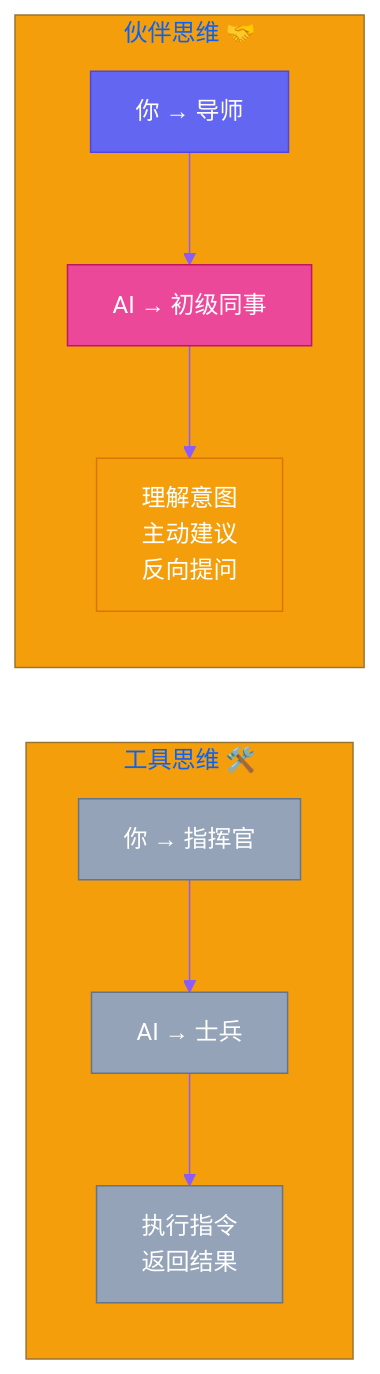
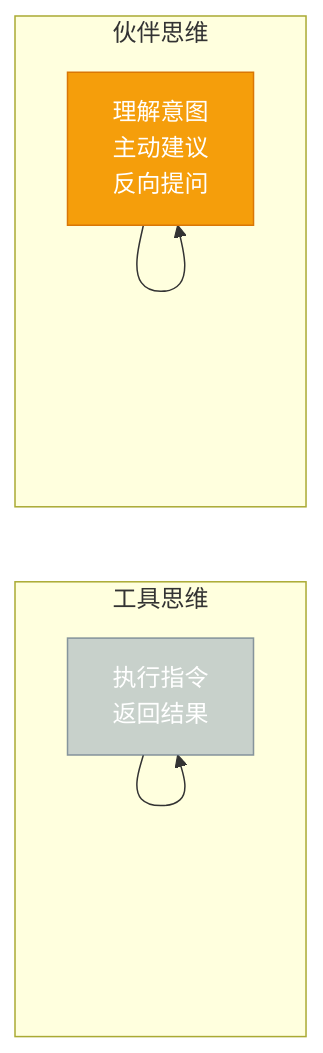
One commit to VokoForge/ai-prism changed the second of 2 diagrams in posts/yason-and-roberts/zh/ch01.md. Above: the diagram before and after it, drawn with Mermaid. The commit also changed other lines of this file and 31 other files, not shown here.

First line of the commit message:
✨ Rewrite all articles: hook titles, Mermaid diagrams, engaging style

````diff
--- a/posts/yason-and-roberts/zh/ch01.md
+++ b/posts/yason-and-roberts/zh/ch01.md
@@ -66,20 +65,19 @@
 ```mermaid
-%%{init: {'theme': 'base', 'themeVariables': {'primaryColor': '#6366f1','primaryTextColor': '#fff','primaryBorderColor': '#4f46e5','lineColor': '#8b5cf6','secondaryColor': '#ec4899','tertiaryColor': '#f59e0b'}}}%%
 graph LR
-    subgraph "工具思维 🛠️"
-        T1[你 → 指挥官] --> T2[AI → 士兵]
-        T2 --> T3[执行指令<br>返回结果]
+    subgraph "工具思维"
+        T[你 → 指挥官] --> T[AI → 士兵]
+        T --> T[执行指令<br>返回结果]
     end
 
-    subgraph "伙伴思维 🤝"
-        P1[你 → 导师] --> P2[AI → 初级同事]
-        P2 --> P3[理解意图<br>主动建议<br>反向提问]
+    subgraph "伙伴思维"
+        P[你 → 导师] --> P[AI → 初级同事]
+        P --> P[理解意图<br>主动建议<br>反向提问]
     end
 
-    style T1 fill:#94a3b8,stroke:#64748b,color:#fff
-    style T2 fill:#94a3b8,stroke:#64748b,color:#fff
-    style T3 fill:#94a3b8,stroke:#64748b,color:#fff
-    style P1 fill:#6366f1,stroke:#4f46e5,color:#fff
-    style P2 fill:#ec4899,stroke:#be185d,color:#fff
-    style P3 fill:#f59e0b,stroke:#d97706,color:#fff
+    style T fill:#9ab8,stroke:#678b,color:#fff
+    style T fill:#9ab8,stroke:#678b,color:#fff
+    style T fill:#9ab8,stroke:#678b,color:#fff
+    style P fill:#666f,stroke:#f6e5,color:#fff
+    style P fill:#ec899,stroke:#be85d,color:#fff
+    style P fill:#f59e0b,stroke:#d97706,color:#fff
 ```
````
